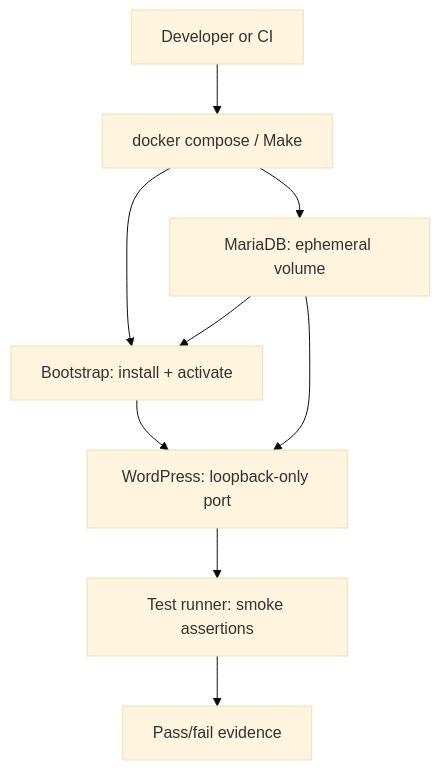
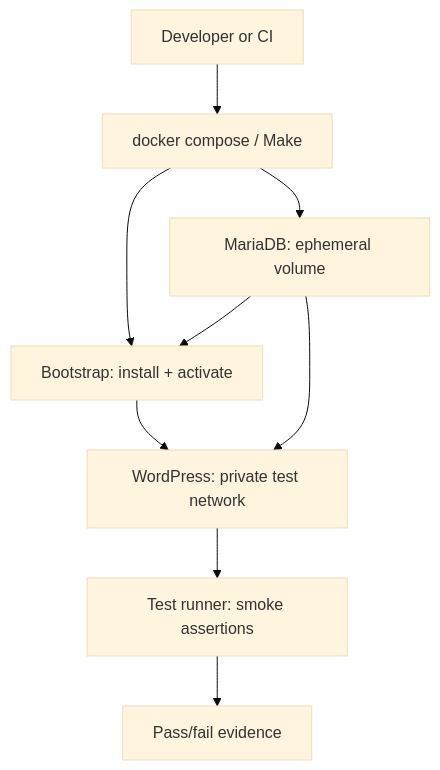
One commit to garaged/kiln-mcp changed the diagram in docs/testing-environment.md. Above: the diagram before and after it, drawn with Mermaid (base theme). The commit also changed other lines of this file and 25 other files, not shown here.

````diff
--- a/docs/testing-environment.md
+++ b/docs/testing-environment.md
@@ -16,11 +16,11 @@
 ```mermaid
 flowchart TD
   DEV["Developer or CI"] --> CLI["docker compose / Make"]
   CLI --> DB["MariaDB: ephemeral volume"]
   CLI --> BOOT["Bootstrap: install + activate"]
-  BOOT --> WP["WordPress: loopback-only port"]
+  BOOT --> WP["WordPress: private test network"]
   WP --> RUN["Test runner: smoke assertions"]
   DB --> BOOT
   DB --> WP
   RUN --> RESULT["Pass/fail evidence"]
 ```
````
